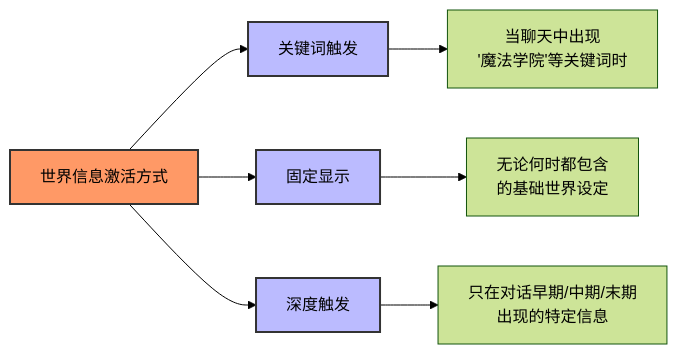
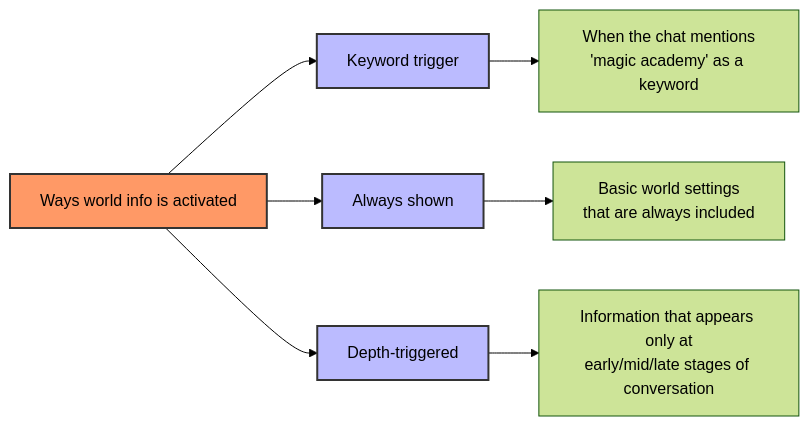
Before and after one commit to thesavant42/intro-to-silly-tavern-prompts: the second of 10 diagrams in README.md, drawn with Mermaid (forest theme). The commit also changed other lines of this file, not shown here.

````diff
--- a/README.md
+++ b/README.md
@@ -59,15 +59,15 @@
 ```mermaid
 flowchart LR
-    A[世界信息激活方式] --> B[关键词触发]
-    A --> C[固定显示]
-    A --> D[深度触发]
+    A[Ways world info is activated] --> B[Keyword trigger]
+    A --> C[Always shown]
+    A --> D[Depth-triggered]
     
-    B --> B1["当聊天中出现<br>'魔法学院'等关键词时"]
-    C --> C1["无论何时都包含<br>的基础世界设定"]
-    D --> D1["只在对话早期/中期/末期<br>出现的特定信息"]
+    B --> B1["When the chat mentions<br>'magic academy' as a keyword"]
+    C --> C1["Basic world settings<br>that are always included"]
+    D --> D1["Information that appears only at<br>early/mid/late stages of conversation"]
     
     style A fill:#f96,stroke:#333,stroke-width:2px
     style B fill:#bbf,stroke:#333,stroke-width:2px
     style C fill:#bbf,stroke:#333,stroke-width:2px
     style D fill:#bbf,stroke:#333,stroke-width:2px
 ```
````
